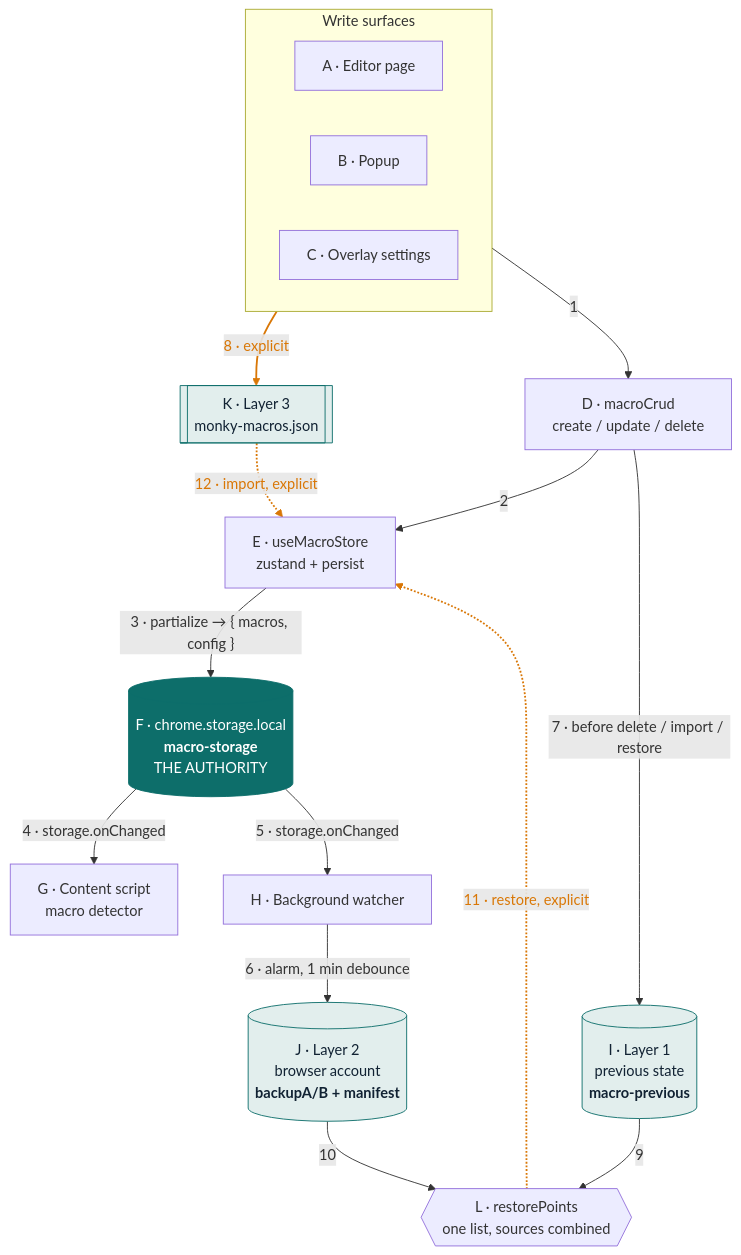
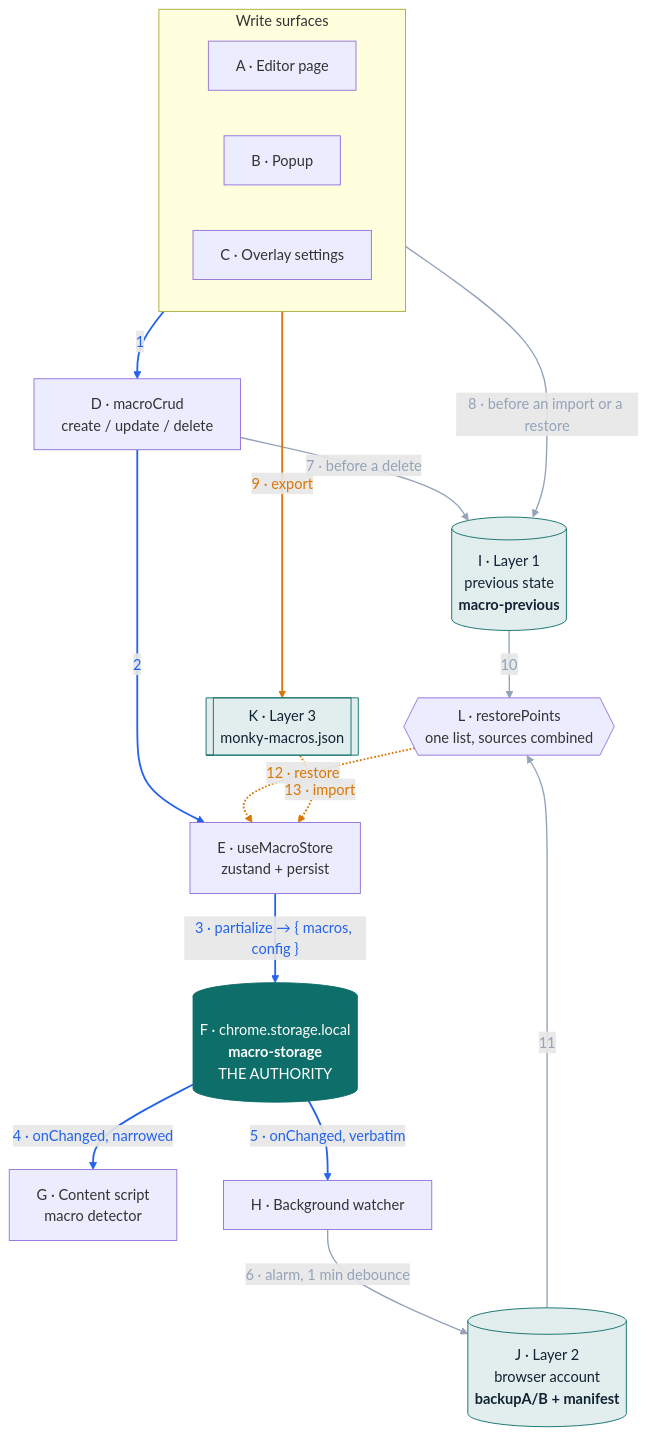
One commit to Jorge-Gonzalez/monky changed the first of 6 diagrams in docs/storage-design.md. Above: the diagram before and after it, drawn with Mermaid. The commit also changed other lines of this file, not shown here.

````diff
--- a/docs/storage-design.md
+++ b/docs/storage-design.md
@@ -37,39 +37,41 @@
 ```mermaid
 flowchart TB
     subgraph surfaces["Write surfaces"]
         direction LR
         ED["A · Editor page"]
         PO["B · Popup"]
         OV["C · Overlay settings"]
     end
 
     CRUD["D · macroCrud<br/>create / update / delete"]
     STORE["E · useMacroStore<br/>zustand + persist"]
 
     surfaces -->|"1"| CRUD
     CRUD -->|"2"| STORE
-
     STORE -->|"3 · partialize → { macros, config }"| LOCAL[("F · chrome.storage.local<br/><b>macro-storage</b><br/>THE AUTHORITY")]
-
-    LOCAL -->|"4 · storage.onChanged"| DETECT["G · Content script<br/>macro detector"]
-    LOCAL -->|"5 · storage.onChanged"| WATCH["H · Background watcher"]
+    LOCAL -->|"4 · onChanged, narrowed"| DETECT["G · Content script<br/>macro detector"]
+    LOCAL -->|"5 · onChanged, verbatim"| WATCH["H · Background watcher"]
 
     WATCH -->|"6 · alarm, 1 min debounce"| SYNC[("J · Layer 2<br/>browser account<br/><b>backupA/B + manifest</b>")]
-    CRUD -->|"7 · before delete / import / restore"| PREV[("I · Layer 1<br/>previous state<br/><b>macro-previous</b>")]
+    CRUD -->|"7 · before a delete"| PREV[("I · Layer 1<br/>previous state<br/><b>macro-previous</b>")]
+    OV -->|"8 · before an import or a restore"| PREV
 
-    OV -->|"8 · explicit"| FILE[["K · Layer 3<br/>monky-macros.json"]]
+    OV -->|"9 · export"| FILE[["K · Layer 3<br/>monky-macros.json"]]
 
-    PREV -->|"9"| RP{{"L · restorePoints<br/>one list, sources combined"}}
-    SYNC -->|"10"| RP
-    RP -.->|"11 · restore, explicit"| STORE
-    FILE -.->|"12 · import, explicit"| STORE
+    PREV -->|"10"| RP{{"L · restorePoints<br/>one list, sources combined"}}
+    SYNC -->|"11"| RP
+    RP -.->|"12 · restore"| STORE
+    FILE -.->|"13 · import"| STORE
 
     classDef auth fill:#0d6e6a,stroke:#0d6e6a,color:#fff
     classDef layer fill:#e2eeed,stroke:#0d6e6a,color:#123
     class LOCAL auth
     class PREV,SYNC,FILE layer
 
-    %% Orange marks the three arrows that require a deliberate act: 8, 11, 12.
-    %% Link indices are positional, counted from the first arrow declared above.
-    linkStyle 7,10,11 stroke:#d97706,stroke-width:2px,color:#d97706
+    %% Link indices are positional, counted from the first arrow declared above, so inserting an
+    %% arrow earlier shifts every later one. All three groups are set explicitly; nothing is left to
+    %% whatever a given renderer uses by default.
+    linkStyle 0,1,2,3,4 stroke:#2563eb,stroke-width:2px,color:#2563eb
+    linkStyle 5,6,7,9,10 stroke:#94a3b8,stroke-width:1.5px,color:#94a3b8
+    linkStyle 8,11,12 stroke:#d97706,stroke-width:2px,color:#d97706
 ```
````
